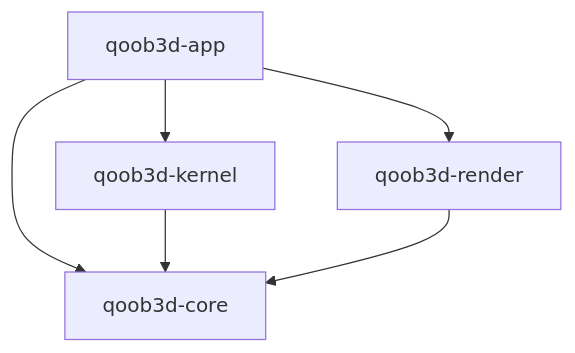
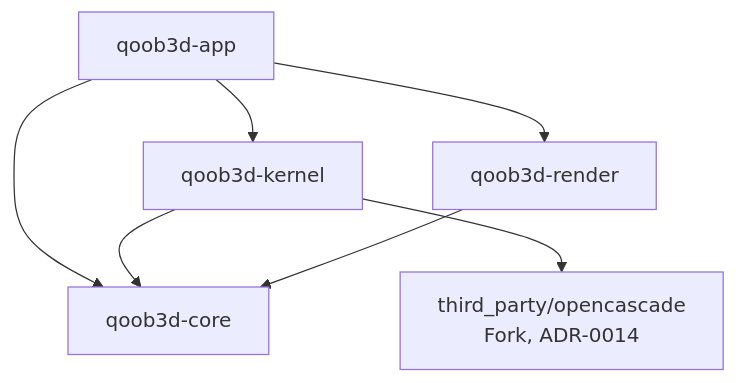
Before and after one commit to COQOON-labs/qoob3d: the second of 2 diagrams in docs/architecture.md, drawn with Mermaid. The commit also changed other lines of this file and 82 other files, not shown here.

````diff
--- a/docs/architecture.md
+++ b/docs/architecture.md
@@ -44,8 +52,9 @@
 ```mermaid
 flowchart TD
     app[qoob3d-app] --> core[qoob3d-core]
     app --> kernel[qoob3d-kernel]
     app --> render[qoob3d-render]
     kernel --> core
     render --> core
+    kernel --> occ[third_party/opencascade<br/>Fork, ADR-0014]
 ```
````
